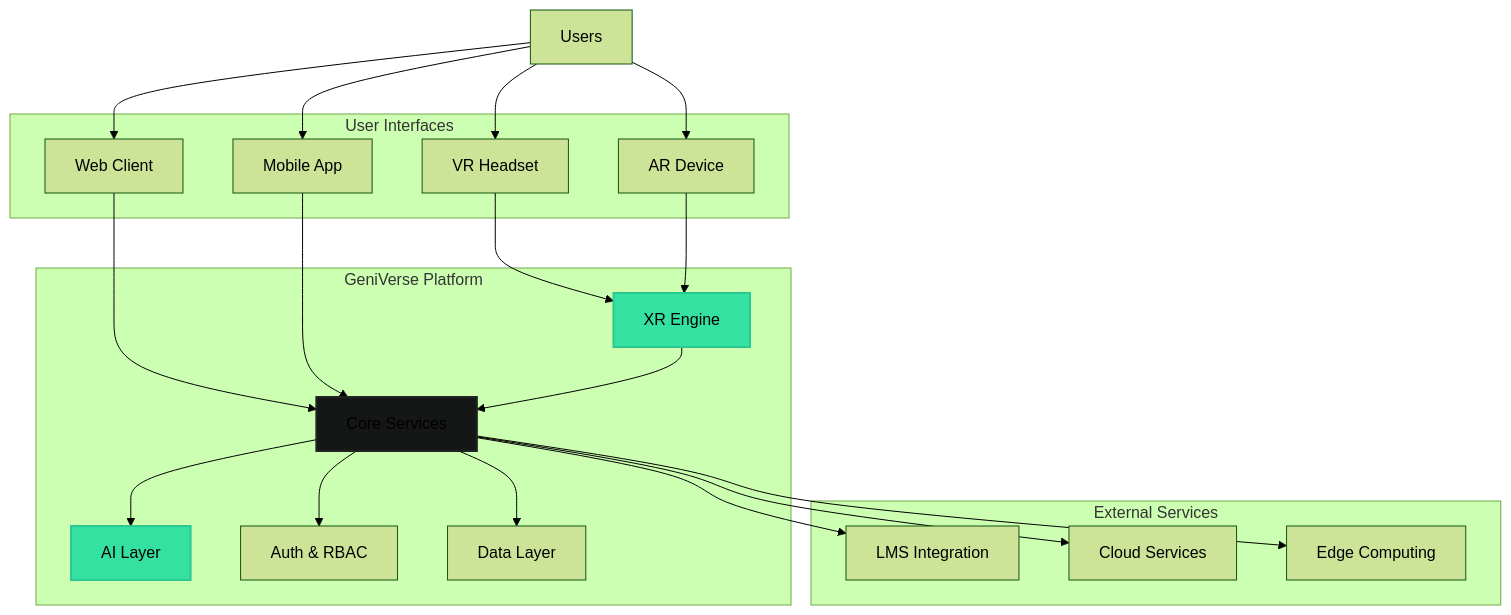
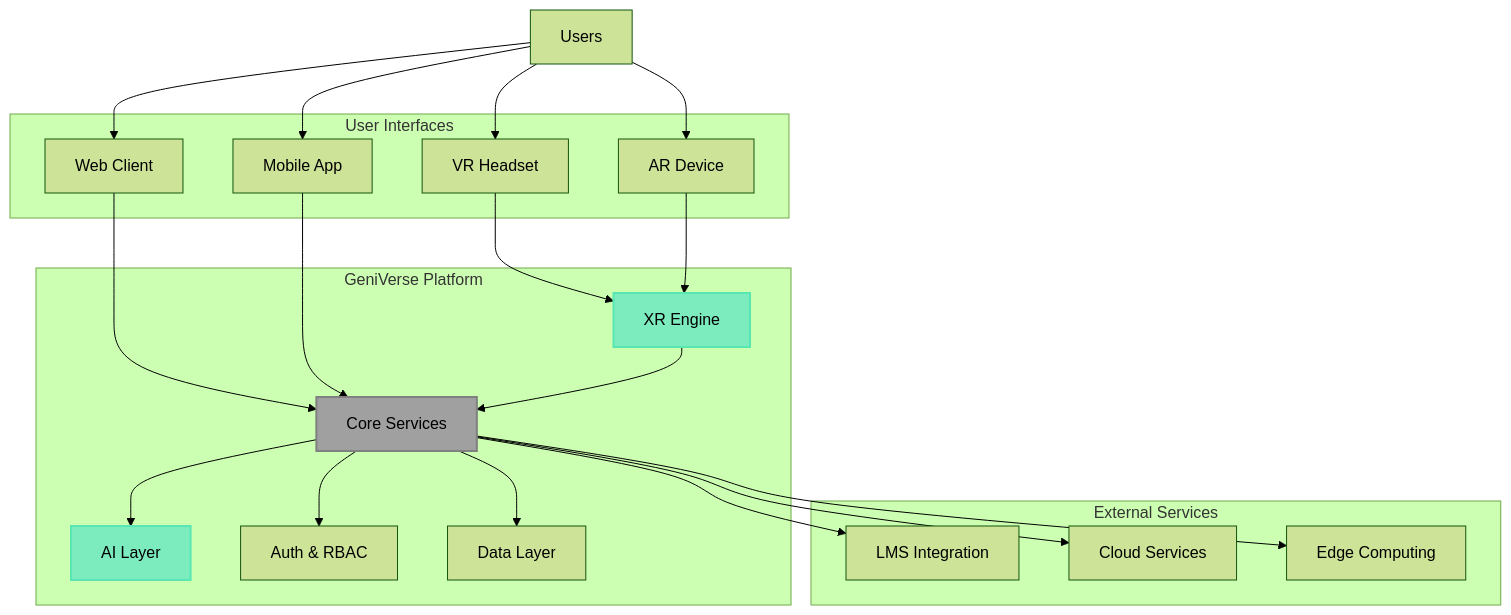
The diagram in docs/overview.md (ivmarch/geniverse-docs), drawn with Mermaid (forest theme) before and after one commit. The commit also changed 5 other files, not shown here.

Commit message:
Update diagram colors: use light green and gray, remove black

````diff
--- a/docs/overview.md
+++ b/docs/overview.md
@@ -19,46 +19,46 @@
 ```mermaid
 graph TB
     subgraph "GeniVerse Platform"
         AI[AI Layer]
         XR[XR Engine]
         Core[Core Services]
         Auth[Auth & RBAC]
         Data[Data Layer]
     end
     
     subgraph "User Interfaces"
         Web[Web Client]
         Mobile[Mobile App]
         VR[VR Headset]
         AR[AR Device]
     end
     
     subgraph "External Services"
         LMS[LMS Integration]
         Cloud[Cloud Services]
         Edge[Edge Computing]
     end
     
     User[Users] --> Web
     User --> Mobile
     User --> VR
     User --> AR
     
     Web --> Core
     Mobile --> Core
     VR --> XR
     AR --> XR
     
     XR --> Core
     Core --> AI
     Core --> Auth
     Core --> Data
     
     Core --> LMS
     Core --> Cloud
     Core --> Edge
     
-    style AI fill:#34E1A1,stroke:#2BC891,stroke-width:2px
-    style XR fill:#34E1A1,stroke:#2BC891,stroke-width:2px
-    style Core fill:#141716,stroke:#1F2321,stroke-width:2px
+    style AI fill:#7CECBF,stroke:#58E6B2,stroke-width:2px
+    style XR fill:#7CECBF,stroke:#58E6B2,stroke-width:2px
+    style Core fill:#A0A0A0,stroke:#808080,stroke-width:2px
 ```
````
